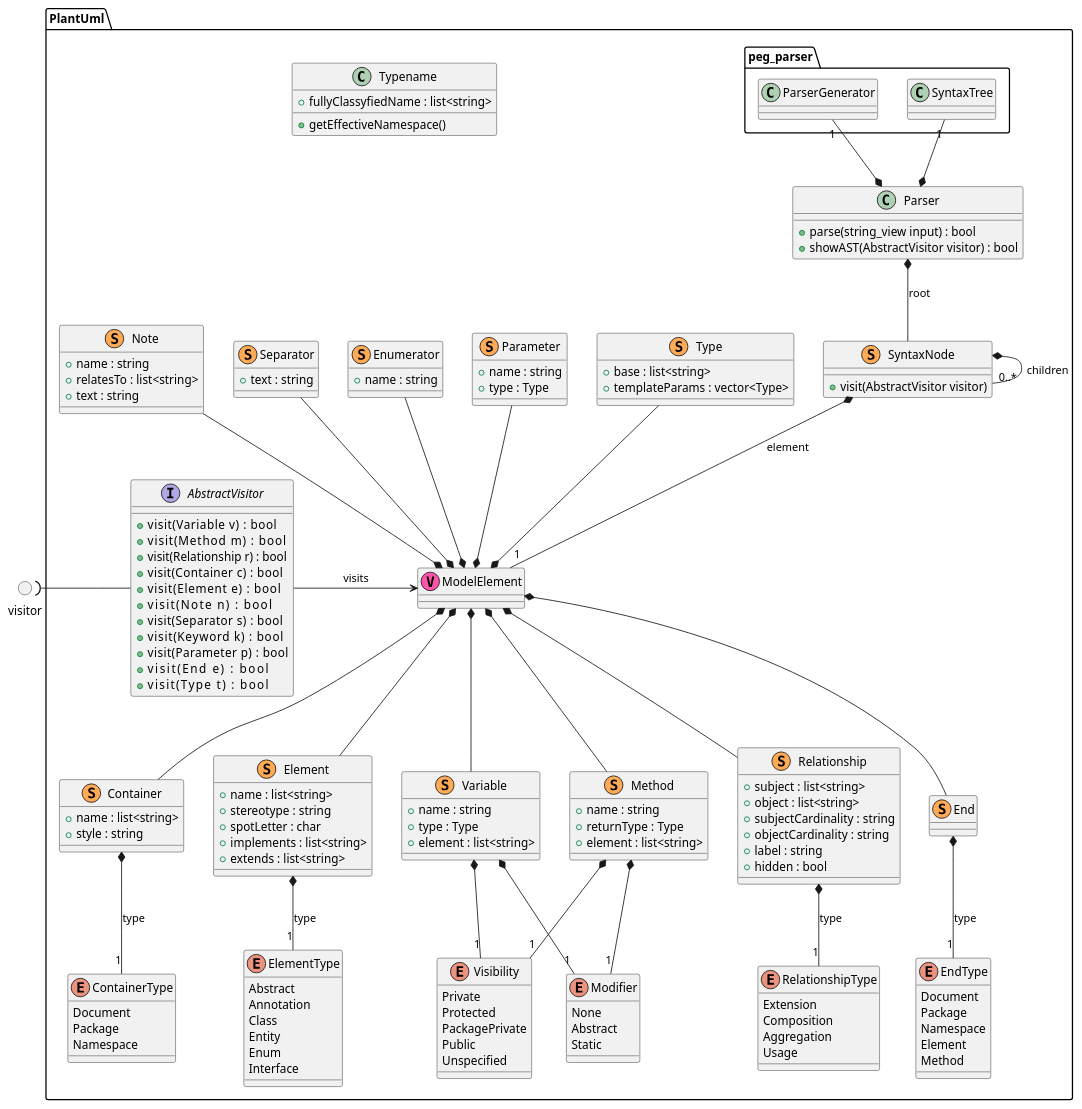
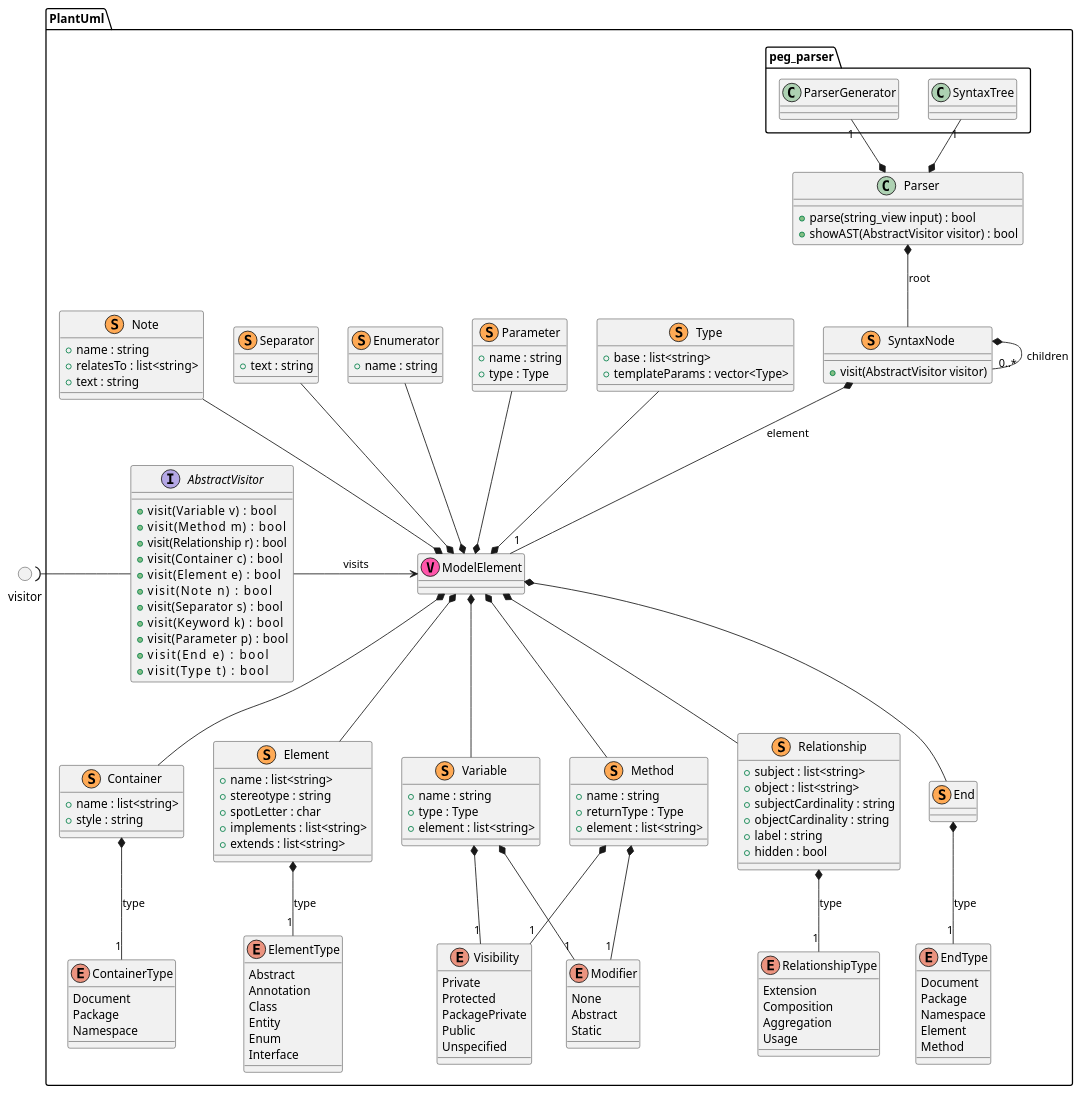
Before and after one commit to jteuber/PlantUML2Cpp: the diagram in models/PlantUml.puml, drawn with PlantUML. The commit also changed 8 other files, not shown here.

Commit message:
Hide private members in models and ignore the hide command in the parser.

```diff
--- a/models/PlantUml.puml
+++ b/models/PlantUml.puml
@@ -1,173 +1,170 @@
 @startuml PlantUml
+
+hide private members
 
 namespace PlantUml {
 
     interface AbstractVisitor {
         +visit(Variable v)     : bool
         +visit(Method m)       : bool
         +visit(Relationship r) : bool
         +visit(Container c)    : bool
         +visit(Element e)      : bool
         +visit(Note n)         : bool
         +visit(Separator s)    : bool
         +visit(Keyword k)      : bool
         +visit(Parameter p)    : bool
         +visit(End e)          : bool
         +visit(Type t)         : bool
     }
 
     class Parser
     {
         +parse(string_view input) : bool
         +showAST(AbstractVisitor visitor) : bool
     }
 
     class ModelElement << (V,#FF55AA) >>
 
     class Container << (S,#FFAA55) >>
     {
         +name : list<string>
         +style : string
     }
     enum ContainerType {
         Document
         Package
         Namespace
     }
 
     class Element << (S,#FFAA55) >>
     {
         +name : list<string>
         +stereotype : string
         +spotLetter : char
         +implements : list<string>
         +extends : list<string>
     }
     enum ElementType {
         Abstract
         Annotation
         Class
         Entity
         Enum
         Interface
-    }
-
-    class Typename {
-        +fullyClassyfiedName : list<string>
-        +getEffectiveNamespace()
     }
 
     class Variable << (S,#FFAA55) >>
     {
         +name : string
         +type : Type
         +element : list<string>
     }
     class Method << (S,#FFAA55) >>
     {
         +name : string
         +returnType : Type
         +element : list<string>
     }
     class Parameter << (S,#FFAA55) >>
     {
         +name : string
         +type : Type
     }
     class Separator << (S,#FFAA55) >>
     {
         +text : string
     }
     class Enumerator << (S,#FFAA55) >>
     {
         +name : string
     }
     class Type << (S,#FFAA55) >>
     {
         +base : list<string>
         +templateParams : vector<Type>
     }
     class Relationship << (S,#FFAA55) >>
     {
         +subject : list<string>
         +object : list<string>
         +subjectCardinality : string
         +objectCardinality : string
         +label : string
         +hidden : bool
     }
     enum RelationshipType {
         Extension
         Composition
         Aggregation
         Usage
     }
     class Note << (S,#FFAA55) >>
     {
         +name : string
         +relatesTo : list<string>
         +text : string
     }
     enum Visibility {
         Private
         Protected
         PackagePrivate
         Public
         Unspecified
     }
     enum Modifier {
         None
         Abstract
         Static
     }
     class End<< (S,#FFAA55) >>
     enum EndType
     {
         Document
         Package
         Namespace
         Element
         Method
     }
 
     class SyntaxNode << (S,#FFAA55) >>
     {
         +visit(AbstractVisitor visitor)
     }
 
     Parser *-- SyntaxNode : root
 
     SyntaxNode *-- "0..*" SyntaxNode : children
     SyntaxNode *-- "1" ModelElement : element
 
     ModelElement *-up- Note
     ModelElement *-up- Separator
     ModelElement *-up- Enumerator
     ModelElement *-up- Parameter
     ModelElement *-up- Type
     ModelElement *-- Container
     ModelElement *-- Element
     ModelElement *-- Relationship
     ModelElement *-- Variable
     ModelElement *-- Method
     ModelElement *-- End
 
     Element *-- "1" ElementType : type
     Container *-- "1" ContainerType  : type
     Variable *-- "1" Visibility
     Variable *-- "1" Modifier
     Method *-- "1" Visibility
     Method *-- "1" Modifier
     End *-- "1" EndType : type
     Relationship *-- "1" RelationshipType : type
 
     AbstractVisitor -right-> ModelElement : visits
 
     Parser *-up- "1" peg_parser.SyntaxTree
     Parser *-up- "1" peg_parser.ParserGenerator
 }
 
 () visitor
 PlantUml.AbstractVisitor -left-( visitor
 
 @enduml
```
